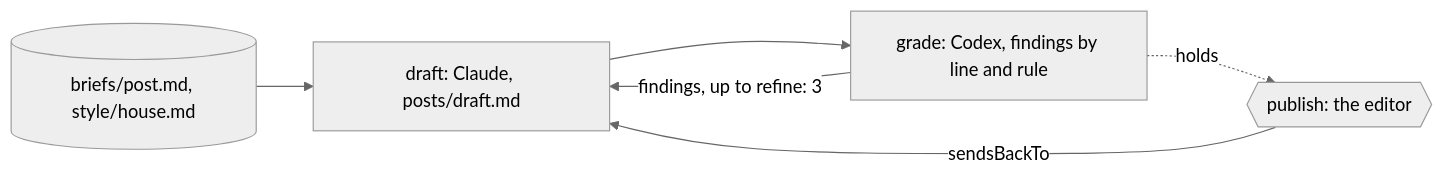
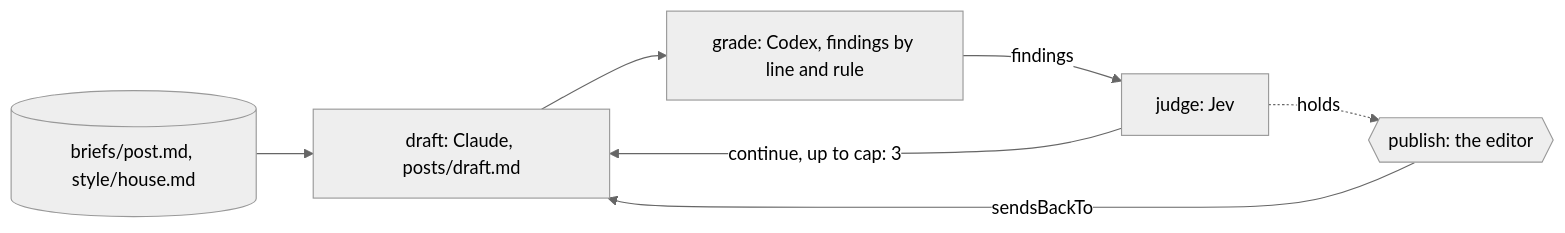
One commit to jonny981/obversa changed the diagram in docs/public/workflows/editorial/writer-grader-cap.mdx. Above: the diagram before and after it, drawn with Mermaid (neutral theme). The commit also changed other lines of this file and 147 other files, not shown here.

````diff
--- a/docs/public/workflows/editorial/writer-grader-cap.mdx
+++ b/docs/public/workflows/editorial/writer-grader-cap.mdx
@@ -311,8 +404,9 @@
 ```mermaid
 flowchart LR
   brief[("briefs/post.md, style/house.md")] --> draft["draft: Claude, posts/draft.md"]
   draft --> grade["grade: Codex, findings by line and rule"]
-  grade -->|"findings, up to refine: 3"| draft
-  grade -.->|holds| publish{{"publish: the editor"}}
+  grade -->|findings| judge["judge: Jev"]
+  judge -->|"continue, up to cap: 3"| draft
+  judge -.->|holds| publish{{"publish: the editor"}}
   publish -->|sendsBackTo| draft
 ```
````
